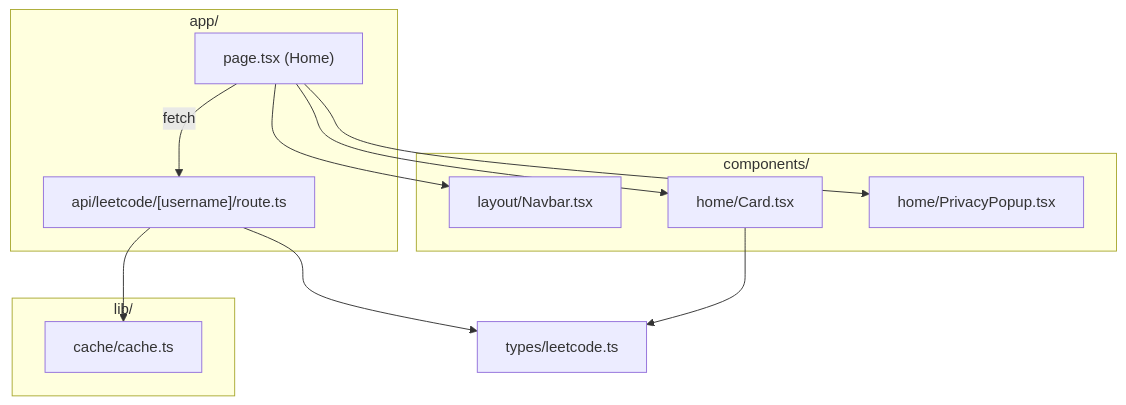
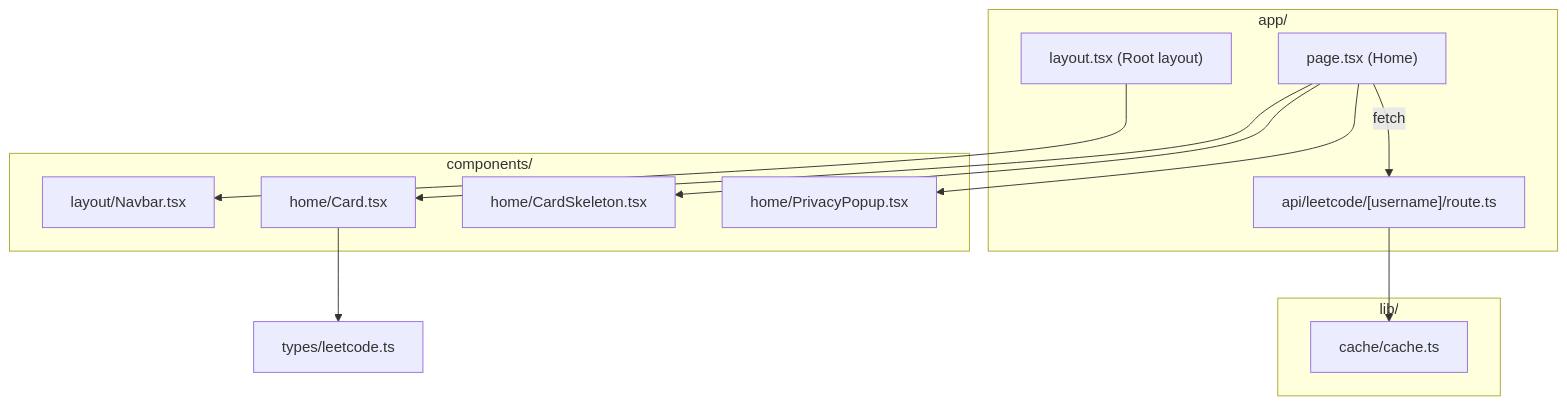
The fourth of 4 diagrams in README.md (AritraC1/LeetInsight), drawn with Mermaid before and after one commit. The commit also changed other lines of this file, not shown here.

````diff
--- a/README.md
+++ b/README.md
@@ -343,27 +346,29 @@
 ```mermaid
 flowchart TD
     subgraph app["app/"]
+        Layout["layout.tsx (Root layout)"]
         Page["page.tsx (Home)"]
         Route["api/leetcode/[username]/route.ts"]
     end
 
     subgraph components["components/"]
         Navbar["layout/Navbar.tsx"]
         Card["home/Card.tsx"]
+        Skeleton["home/CardSkeleton.tsx"]
         Privacy["home/PrivacyPopup.tsx"]
     end
 
     subgraph lib["lib/"]
         Cache["cache/cache.ts"]
     end
 
     Types["types/leetcode.ts"]
 
-    Page --> Navbar
+    Layout --> Navbar
     Page --> Card
+    Page --> Skeleton
     Page --> Privacy
     Page -->|fetch| Route
     Route --> Cache
-    Route --> Types
     Card --> Types
 ```
````
